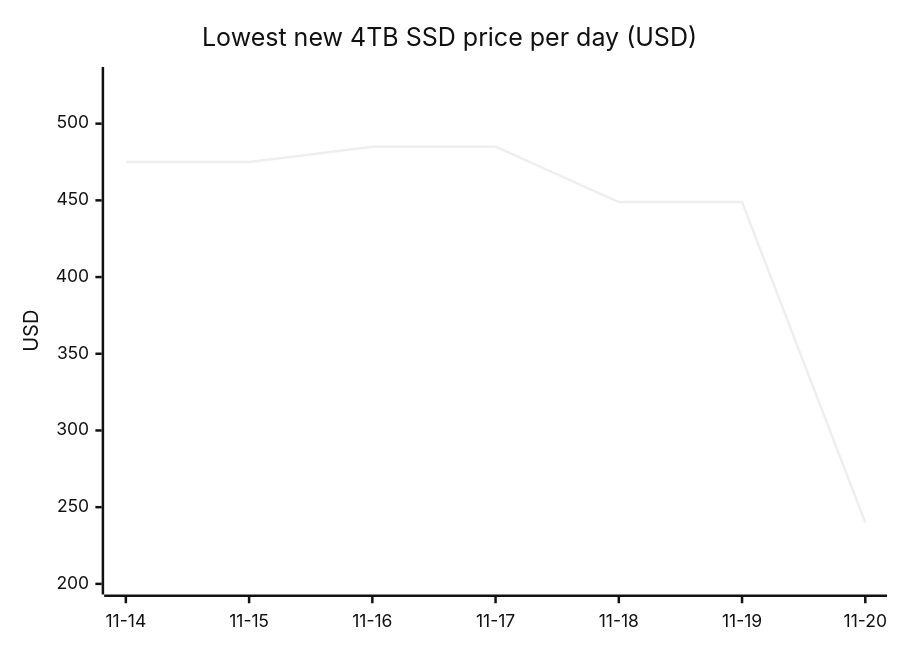
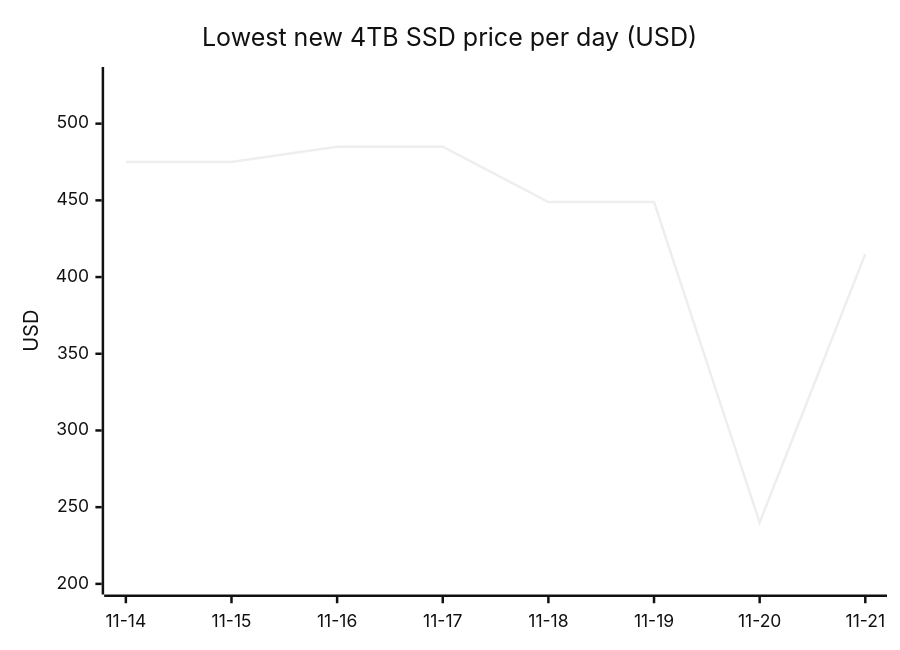
One commit to 7324136828/4tb_ssd_price_watch changed the first of 18 diagrams in README.md. Above: the diagram before and after it, drawn with Mermaid (neutral theme). The commit also changed other lines of this file, not shown here.

````diff
--- a/README.md
+++ b/README.md
@@ -81,7 +81,7 @@
 ```mermaid
 xychart-beta
     title "Lowest new 4TB SSD price per day (USD)"
-    x-axis ["11-14", "11-15", "11-16", "11-17", "11-18", "11-19", "11-20"]
+    x-axis ["11-14", "11-15", "11-16", "11-17", "11-18", "11-19", "11-20", "11-21"]
     y-axis "USD" 200 --> 530
-    line [474.97, 475.00, 484.99, 484.99, 448.88, 448.88, 239.99]
+    line [474.97, 475.00, 484.99, 484.99, 448.88, 448.88, 239.99, 415.00]
 ```
````
